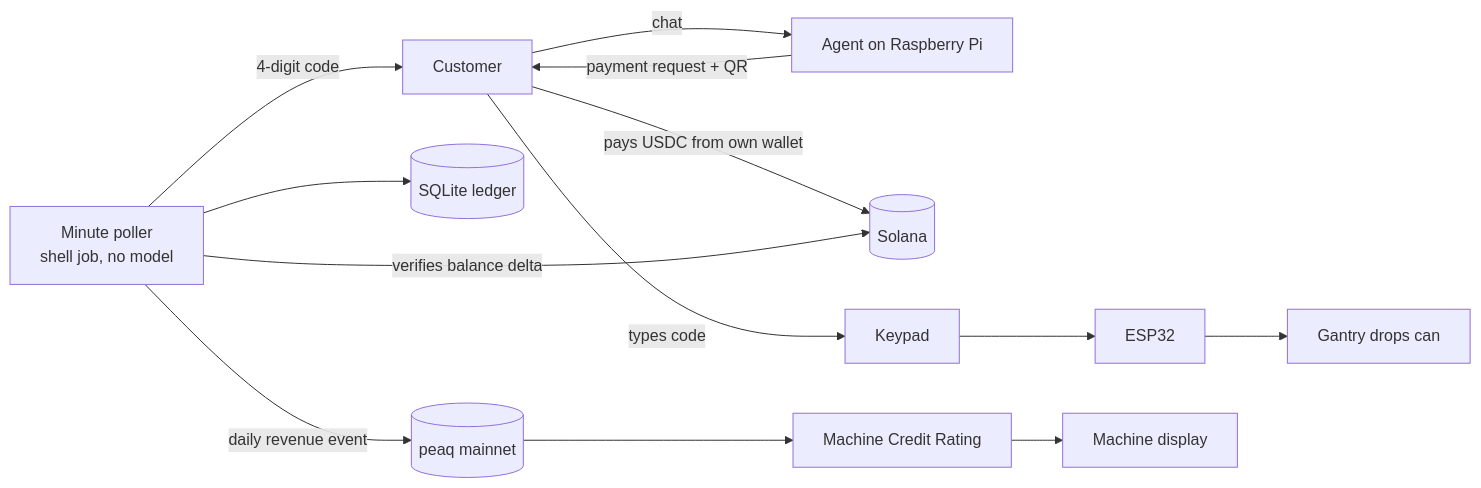
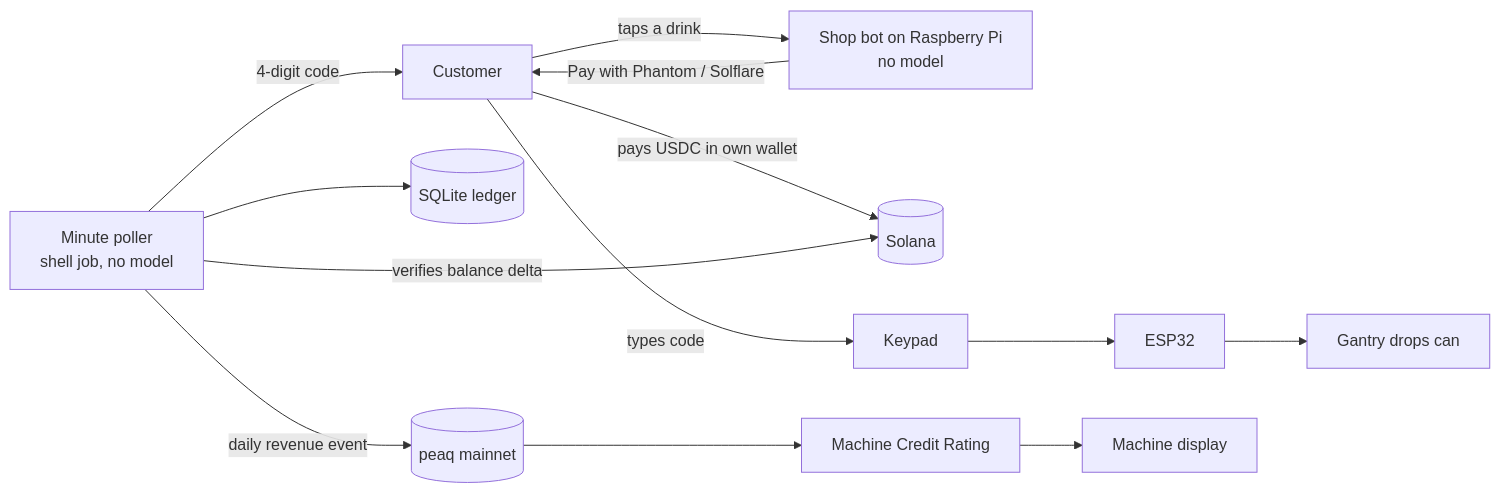
The diagram in README.md (Yahmad2601/solvend-peaq), drawn with Mermaid before and after one commit. The commit also changed other lines of this file and 9 other files, not shown here.

````diff
--- a/README.md
+++ b/README.md
@@ -48,13 +48,13 @@
 ```mermaid
 flowchart LR
-  C[Customer] -->|chat| A[Agent on Raspberry Pi]
-  A -->|payment request + QR| C
-  C -->|pays USDC from own wallet| S[(Solana)]
+  C[Customer] -->|taps a drink| A[Shop bot on Raspberry Pi<br/>no model]
+  A -->|Pay with Phantom / Solflare| C
+  C -->|pays USDC in own wallet| S[(Solana)]
   W[Minute poller<br/>shell job, no model] -->|verifies balance delta| S
   W --> L[(SQLite ledger)]
   W -->|4-digit code| C
   C -->|types code| K[Keypad] --> E[ESP32] --> M[Gantry drops can]
   W -->|daily revenue event| P[(peaq mainnet)]
   P --> R[Machine Credit Rating]
   R --> D[Machine display]
 ```
````
